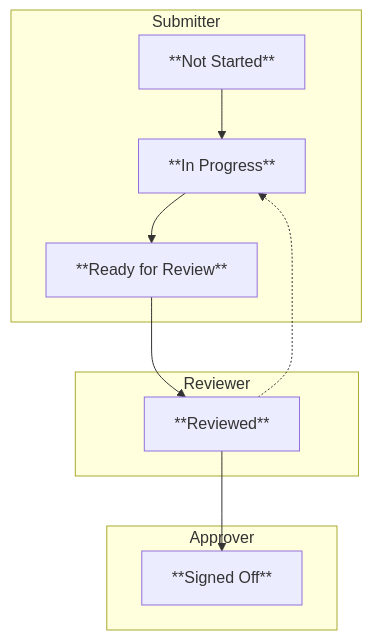
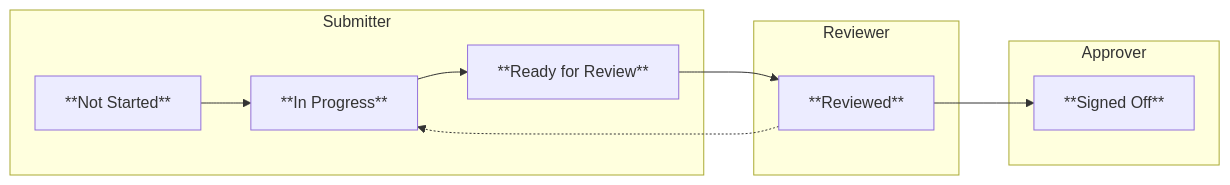
The diagram in site/guide/attestation/working-with-attestations.qmd (validmind/documentation), drawn with Mermaid before and after one commit. The commit also changed other lines of this file and 4 other files, not shown here.

````diff
--- a/site/guide/attestation/working-with-attestations.qmd
+++ b/site/guide/attestation/working-with-attestations.qmd
@@ -64,16 +69,16 @@
 ```{mermaid}
-graph TD
+graph LR
     subgraph Submitter
         A["**Not Started**"] --> B["**In Progress**"]
         B --> C["**Ready for Review**"]
     end
     
     subgraph Reviewer
         C --> D["**Reviewed**"]
         D -.-> B
     end
     
     subgraph Approver
         D --> E["**Signed Off**"]
     end
 ```
````
